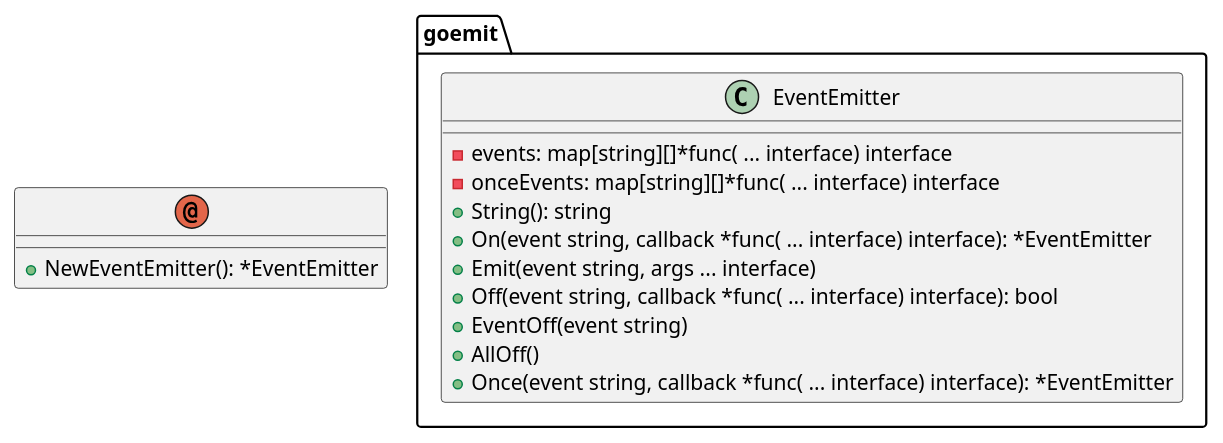
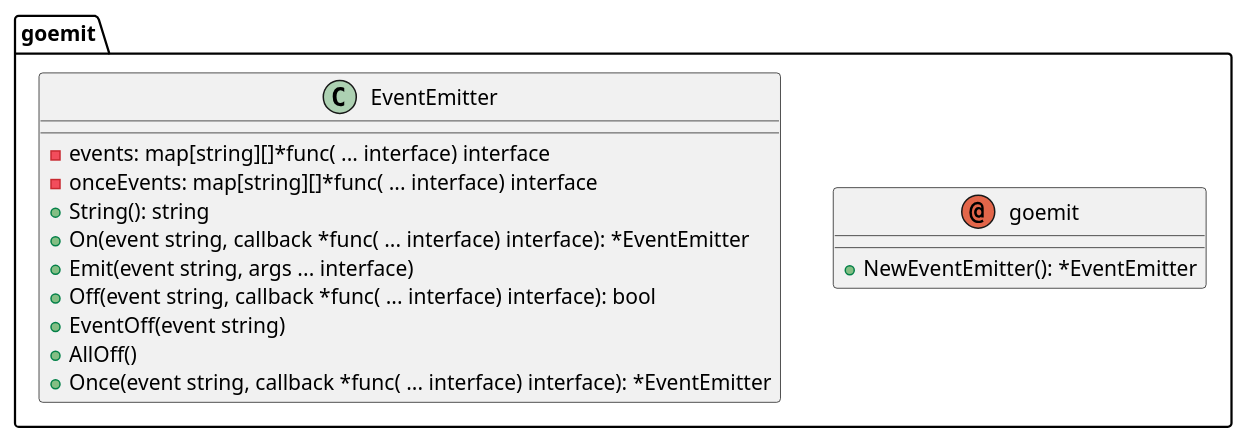
Before and after one commit to torbendury/goemit: the diagram in eventemitter.puml, drawn with PlantUML.

Commit message:
fix(plantuml): annotation naming

```diff
--- a/eventemitter.puml
+++ b/eventemitter.puml
@@ -1,22 +1,22 @@
 @startuml
 package goemit {
-annotation . {
+annotation goemit {
 
 
 +NewEventEmitter(): *EventEmitter
 }
 class EventEmitter {
 -events: map[string][]*func( ... interface) interface
 -onceEvents: map[string][]*func( ... interface) interface
 +String(): string
 +On(event string, callback *func( ... interface) interface): *EventEmitter
 +Emit(event string, args ... interface)
 +Off(event string, callback *func( ... interface) interface): bool
 +EventOff(event string)
 +AllOff()
 +Once(event string, callback *func( ... interface) interface): *EventEmitter
 }
 }
 
 
 @enduml
```
